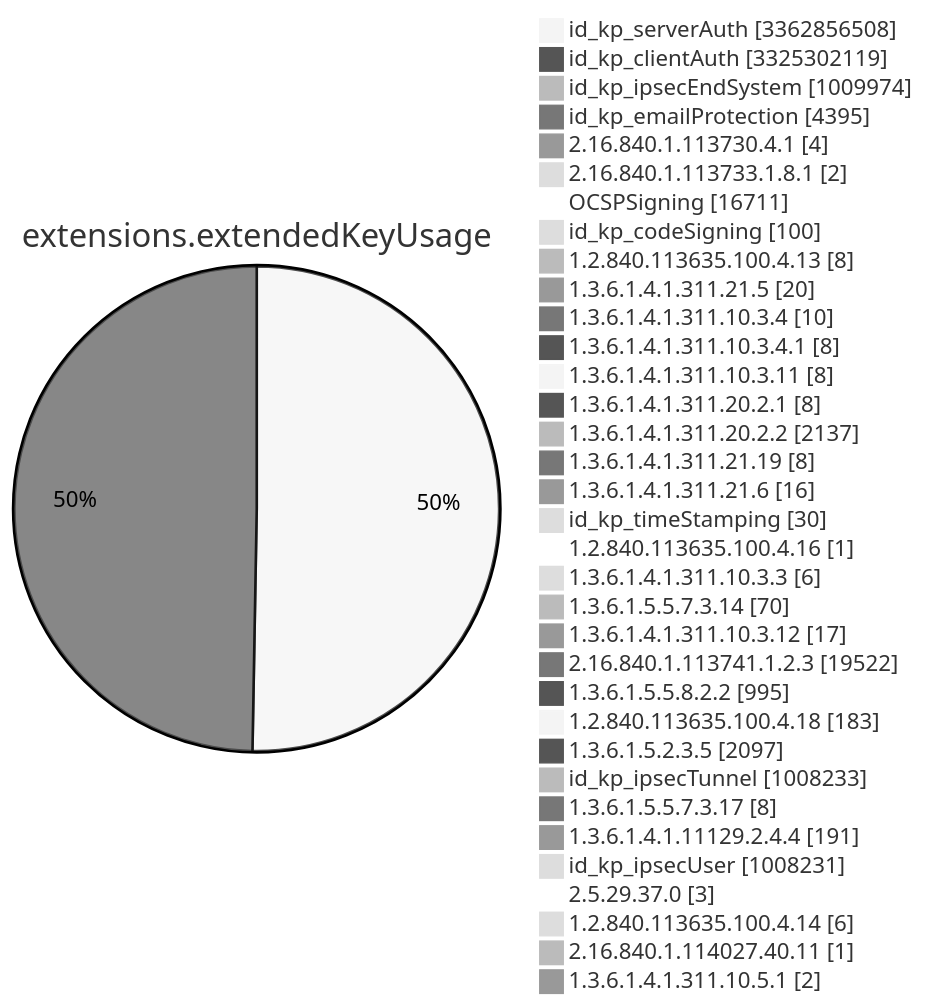
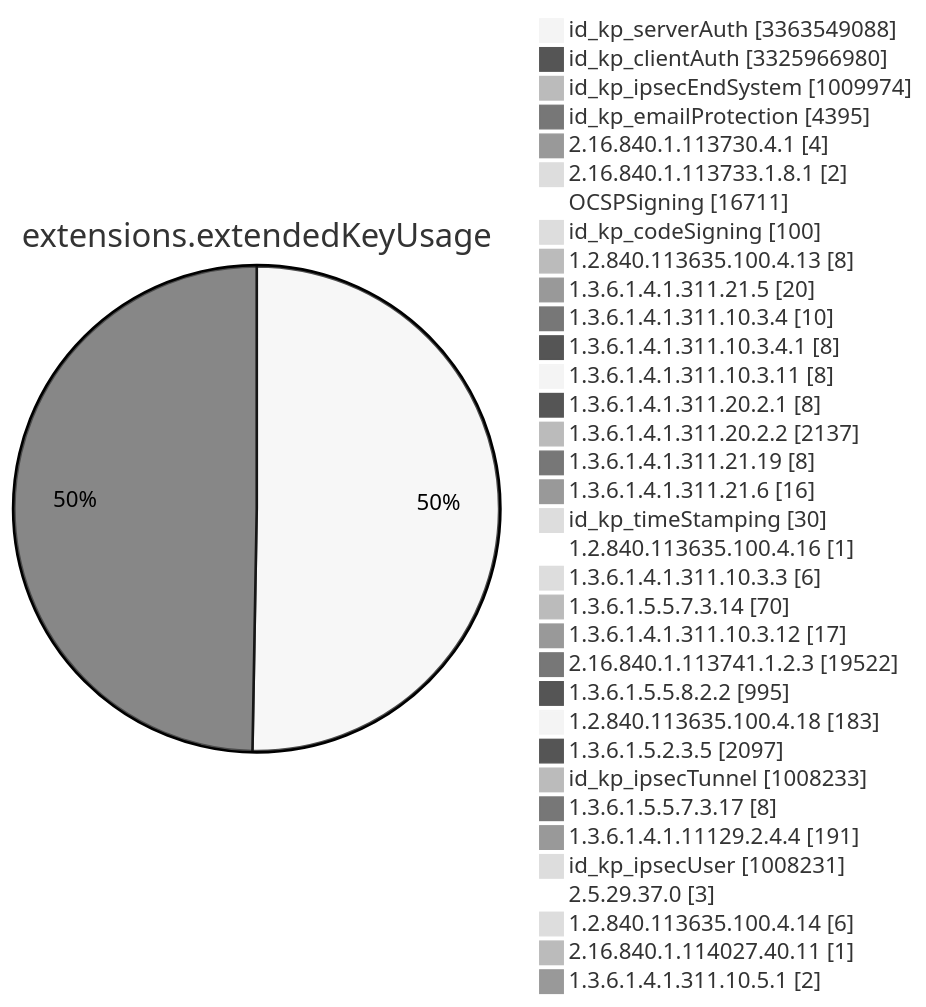
One commit to christiankrug/ctmonitor_visualization changed diagram 11 of 15 in TOTAL/README.md. Above: the diagram before and after it, drawn with Mermaid (neutral theme). The commit also changed other lines of this file, not shown here.

````diff
--- a/TOTAL/README.md
+++ b/TOTAL/README.md
@@ -4120,38 +4120,38 @@
 ```mermaid
 pie showData
 title extensions.extendedKeyUsage
-"id_kp_serverAuth" :3362856508
-"id_kp_clientAuth" :3325302119
+"id_kp_serverAuth" :3363549088
+"id_kp_clientAuth" :3325966980
 "id_kp_ipsecEndSystem" :1009974
 "id_kp_emailProtection" :4395
 "2.16.840.1.113730.4.1" :4
 "2.16.840.1.113733.1.8.1" :2
 "OCSPSigning" :16711
 "id_kp_codeSigning" :100
 "1.2.840.113635.100.4.13" :8
 "1.3.6.1.4.1.311.21.5" :20
 "1.3.6.1.4.1.311.10.3.4" :10
 "1.3.6.1.4.1.311.10.3.4.1" :8
 "1.3.6.1.4.1.311.10.3.11" :8
 "1.3.6.1.4.1.311.20.2.1" :8
 "1.3.6.1.4.1.311.20.2.2" :2137
 "1.3.6.1.4.1.311.21.19" :8
 "1.3.6.1.4.1.311.21.6" :16
 "id_kp_timeStamping" :30
 "1.2.840.113635.100.4.16" :1
 "1.3.6.1.4.1.311.10.3.3" :6
 "1.3.6.1.5.5.7.3.14" :70
 "1.3.6.1.4.1.311.10.3.12" :17
 "2.16.840.1.113741.1.2.3" :19522
 "1.3.6.1.5.5.8.2.2" :995
 "1.2.840.113635.100.4.18" :183
 "1.3.6.1.5.2.3.5" :2097
 "id_kp_ipsecTunnel" :1008233
 "1.3.6.1.5.5.7.3.17" :8
 "1.3.6.1.4.1.11129.2.4.4" :191
 "id_kp_ipsecUser" :1008231
 "2.5.29.37.0" :3
 "1.2.840.113635.100.4.14" :6
 "2.16.840.1.114027.40.11" :1
 "1.3.6.1.4.1.311.10.5.1" :2
 ```
````
